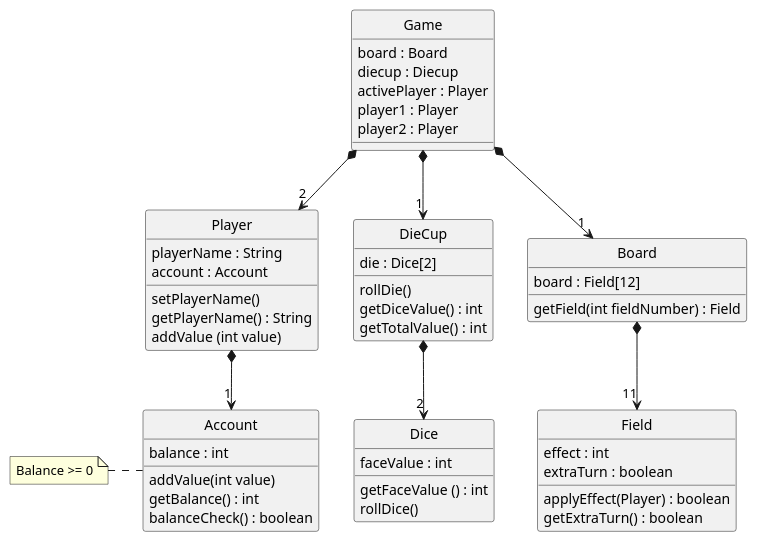
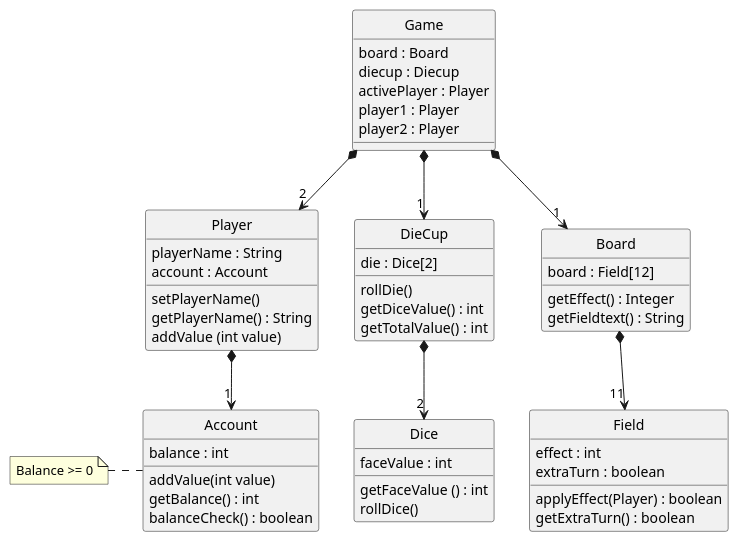
Before and after one commit to PhilipCramer/CDIO_del2: the diagram in src/main/resources/DesignClassDiagram.puml, drawn with PlantUML.

Commit message:
updated methods to match code

```diff
--- a/src/main/resources/DesignClassDiagram.puml
+++ b/src/main/resources/DesignClassDiagram.puml
@@ -1,70 +1,71 @@
 @startuml ClassDiagram
 skinparam style strictuml
 
 class "Game" as Game {
     board : Board
     diecup : Diecup
     activePlayer : Player
     player1 : Player
     player2 : Player
 
 }
 
 class "Player" as Player {
     playerName : String
     account : Account
 
     setPlayerName()
     getPlayerName() : String
     addValue (int value)
 
 }
 
 class "Account" as Account {
     balance : int
 
     addValue(int value)
     getBalance() : int
     balanceCheck() : boolean
 }
 note left
     Balance >= 0
     end note
 
 class "DieCup" as Diecup {
     die : Dice[2]
     
     rollDie()
     getDiceValue() : int
     getTotalValue() : int
 }
 
 class "Dice" as Dice {
     faceValue : int
 
     getFaceValue () : int
     rollDice()
 }
 
 class "Board" as Board {
     board : Field[12]
-    
-    getField(int fieldNumber) : Field
+
+    getEffect() : Integer
+    getFieldtext() : String
 }
 
 class "Field" as Field {
     effect : int
     extraTurn : boolean
 
     applyEffect(Player) : boolean
     getExtraTurn() : boolean
 }
 
 
 Player *--> "1" Account
 Game *--> "2" Player 
 Game *--> "1" Board
 Board  *--> "11" Field
 Game  *--> "1" Diecup
 Diecup *--> "2" Dice
 @enduml
```
